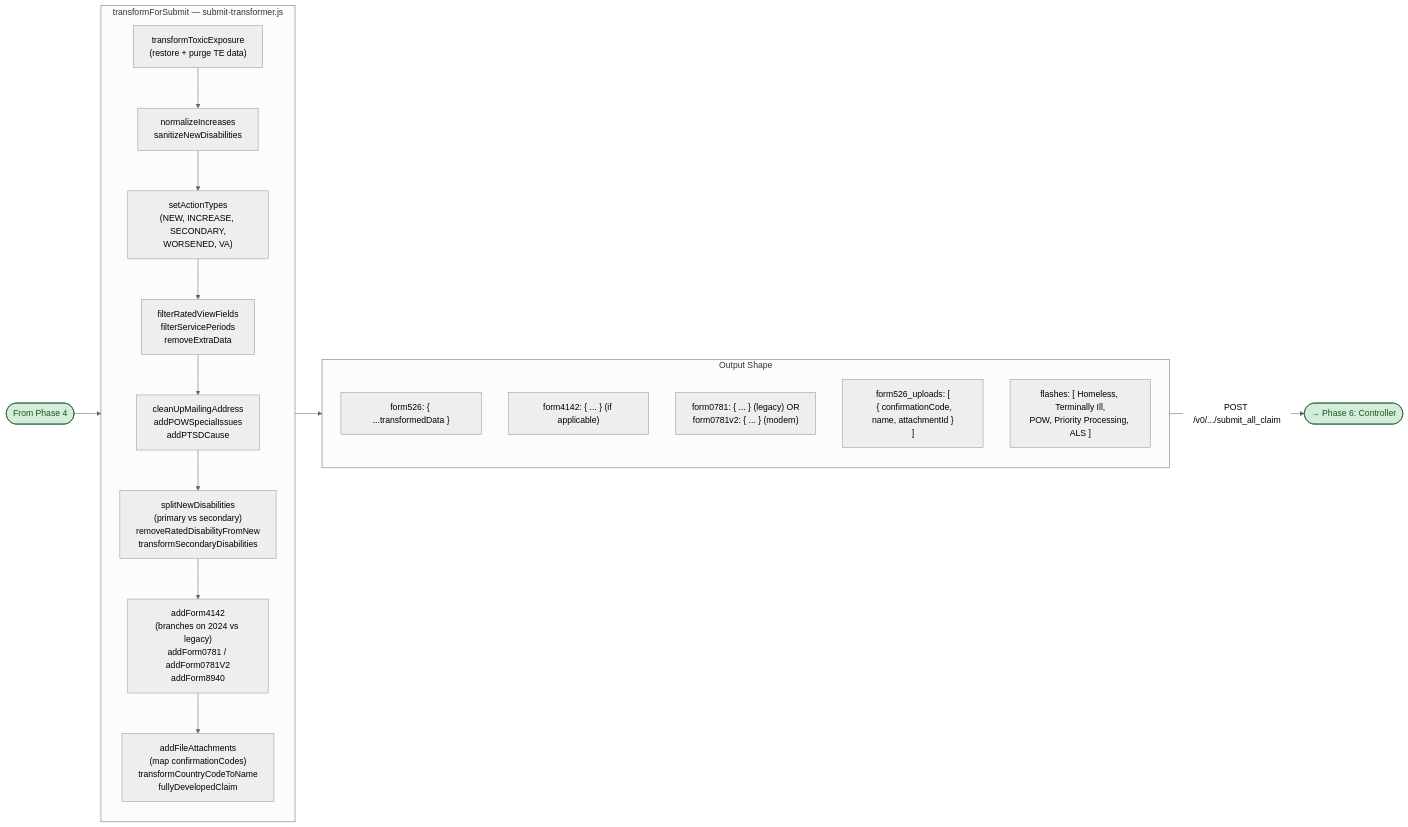
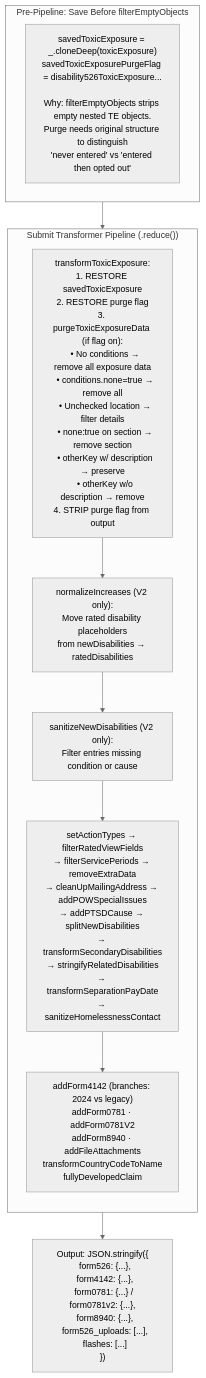
One commit to Ninjaneer321/va.gov-team changed the sixth of 16 diagrams in products/disability/526ez/form526_architecture_flow.md. Above: the diagram before and after it, drawn with Mermaid (neutral theme). The commit also changed other lines of this file, not shown here.

Commit message:
Updated architecture diagram with useFormFeatureToggleSync

````diff
--- a/products/disability/526ez/form526_architecture_flow.md
+++ b/products/disability/526ez/form526_architecture_flow.md
@@ -152,34 +206,20 @@
 ```mermaid
-graph LR
-    ENTRY([From Phase 4]) --> PIPELINE
-
-    subgraph PIPELINE["transformForSubmit — submit-transformer.js"]
-        direction TB
-        T1["transformToxicExposure<br/>(restore + purge TE data)"]
-        T2["normalizeIncreases<br/>sanitizeNewDisabilities"]
-        T3["setActionTypes<br/>(NEW, INCREASE, SECONDARY,<br/>WORSENED, VA)"]
-        T4["filterRatedViewFields<br/>filterServicePeriods<br/>removeExtraData"]
-        T5["cleanUpMailingAddress<br/>addPOWSpecialIssues<br/>addPTSDCause"]
-        T6["splitNewDisabilities<br/>(primary vs secondary)<br/>removeRatedDisabilityFromNew<br/>transformSecondaryDisabilities"]
-        T7["addForm4142<br/>(branches on 2024 vs legacy)<br/>addForm0781 / addForm0781V2<br/>addForm8940"]
-        T8["addFileAttachments<br/>(map confirmationCodes)<br/>transformCountryCodeToName<br/>fullyDevelopedClaim"]
-
-        T1 --> T2 --> T3 --> T4 --> T5 --> T6 --> T7 --> T8
+flowchart TD
+    subgraph PrePipeline["Pre-Pipeline: Save Before filterEmptyObjects"]
+        Save["savedToxicExposure = _.cloneDeep(toxicExposure)<br/>savedToxicExposurePurgeFlag = disability526ToxicExposure...<br/><br/>Why: filterEmptyObjects strips empty nested TE objects.<br/>Purge needs original structure to distinguish<br/>'never entered' vs 'entered then opted out'"]
     end
 
-    PIPELINE --> OUTPUT
-
-    subgraph OUTPUT["Output Shape"]
+    subgraph Pipeline["Submit Transformer Pipeline (.reduce())"]
         direction TB
-        O1["form526: { ...transformedData }"]
-        O2["form4142: { ... } (if applicable)"]
-        O3["form0781: { ... } (legacy) OR<br/>form0781v2: { ... } (modern)"]
-        O4["form526_uploads: [<br/>  { confirmationCode, name, attachmentId }<br/>]"]
-        O5["flashes: [ Homeless, Terminally Ill,<br/>POW, Priority Processing, ALS ]"]
+        T1["transformToxicExposure:<br/>1. RESTORE savedToxicExposure<br/>2. RESTORE purge flag<br/>3. purgeToxicExposureData (if flag on):<br/>   • No conditions → remove all exposure data<br/>   • conditions.none=true → remove all<br/>   • Unchecked location → filter details<br/>   • none:true on section → remove section<br/>   • otherKey w/ description → preserve<br/>   • otherKey w/o description → remove<br/>4. STRIP purge flag from output"]
+        T2["normalizeIncreases (V2 only):<br/>Move rated disability placeholders<br/>from newDisabilities → ratedDisabilities"]
+        T3["sanitizeNewDisabilities (V2 only):<br/>Filter entries missing condition or cause"]
+        T4["setActionTypes → filterRatedViewFields<br/>→ filterServicePeriods → removeExtraData<br/>→ cleanUpMailingAddress → addPOWSpecialIssues<br/>→ addPTSDCause → splitNewDisabilities<br/>→ transformSecondaryDisabilities<br/>→ stringifyRelatedDisabilities<br/>→ transformSeparationPayDate<br/>→ sanitizeHomelessnessContact"]
+        T5["addForm4142 (branches: 2024 vs legacy)<br/>addForm0781 · addForm0781V2<br/>addForm8940 · addFileAttachments<br/>transformCountryCodeToName<br/>fullyDevelopedClaim"]
+        T1 --> T2 --> T3 --> T4 --> T5
     end
 
-    OUTPUT -->|"POST /v0/.../submit_all_claim"| CONTROLLER([→ Phase 6: Controller])
+    Output["Output: JSON.stringify({<br/>  form526: {...},<br/>  form4142: {...},<br/>  form0781: {...} / form0781v2: {...},<br/>  form8940: {...},<br/>  form526_uploads: [...],<br/>  flashes: [...]<br/>})"]
 
-    classDef endpoint fill:#d4edda,stroke:#155724,color:#155724
-    class ENTRY,CONTROLLER endpoint
+    PrePipeline --> Pipeline --> Output
 ```
````
